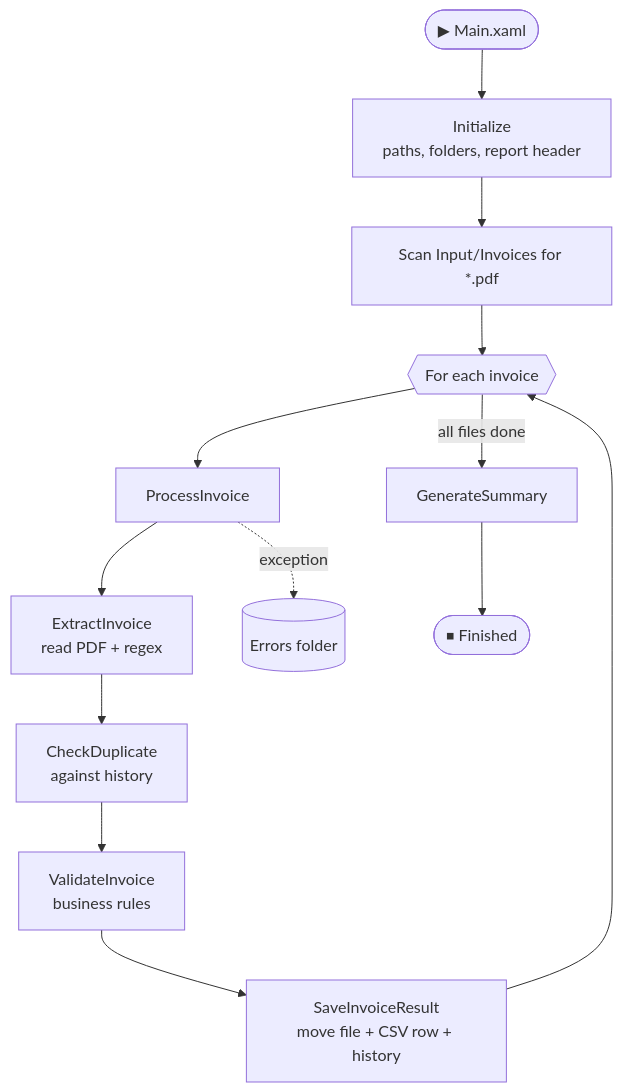
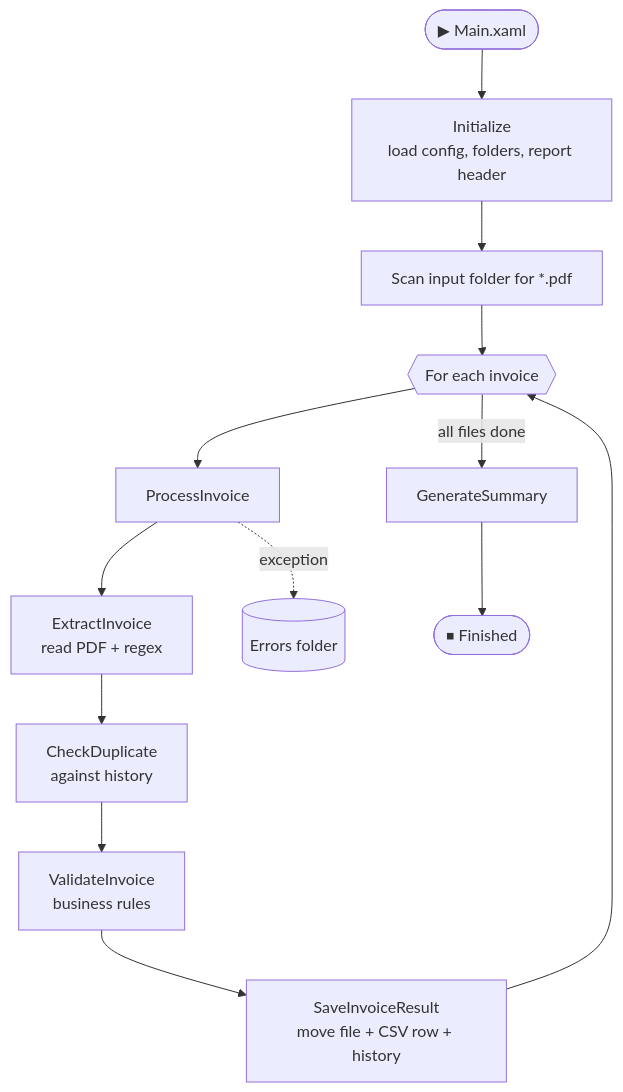
The diagram in README.md (omarrrefaatt/InvoiceFlow), drawn with Mermaid before and after one commit. The commit also changed other lines of this file, not shown here.

````diff
--- a/README.md
+++ b/README.md
@@ -43,15 +45,15 @@
 ```mermaid
 flowchart TD
-    A([▶ Main.xaml]) --> B[Initialize<br/>paths, folders, report header]
-    B --> C[Scan Input/Invoices for *.pdf]
+    A([▶ Main.xaml]) --> B[Initialize<br/>load config, folders, report header]
+    B --> C[Scan input folder for *.pdf]
     C --> D{{For each invoice}}
     D --> E[ProcessInvoice]
     E --> F[ExtractInvoice<br/>read PDF + regex]
     F --> G[CheckDuplicate<br/>against history]
     G --> H[ValidateInvoice<br/>business rules]
     H --> I[SaveInvoiceResult<br/>move file + CSV row + history]
     I --> D
     E -. exception .-> X[(Errors folder)]
     D -->|all files done| J[GenerateSummary]
     J --> K([⏹ Finished])
 ```
````
